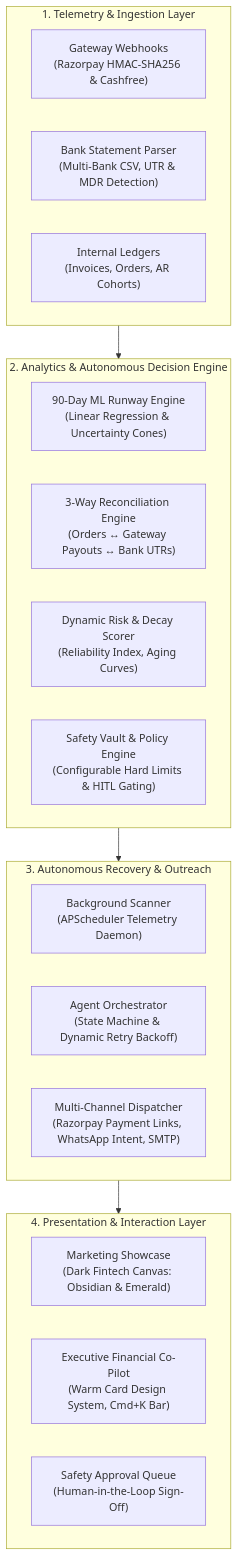
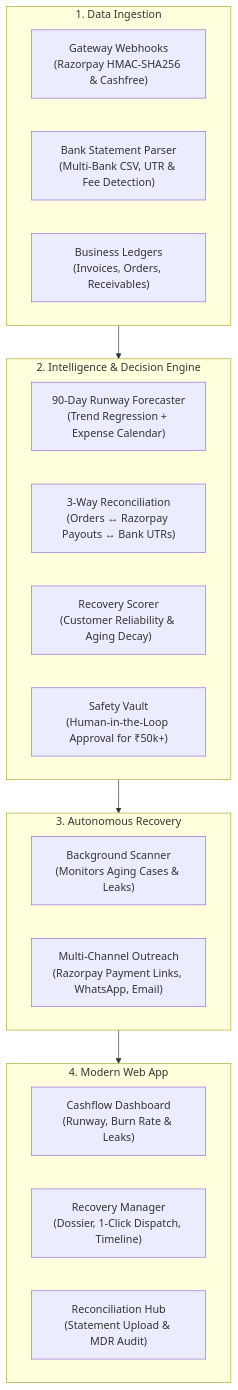
Before and after one commit to khushikakade/CashPulse-AI: the first of 2 diagrams in README.md, drawn with Mermaid. The commit also changed other lines of this file, not shown here.

````diff
--- a/README.md
+++ b/README.md
@@ -28,31 +53,30 @@
 ```mermaid
 flowchart TD
-    subgraph INGESTION["1. Telemetry & Ingestion Layer"]
+    subgraph INGESTION["1. Data Ingestion"]
         PG_WH["Gateway Webhooks\n(Razorpay HMAC-SHA256 & Cashfree)"]
-        BANK_CSV["Bank Statement Parser\n(Multi-Bank CSV, UTR & MDR Detection)"]
-        ERP["Internal Ledgers\n(Invoices, Orders, AR Cohorts)"]
+        BANK_CSV["Bank Statement Parser\n(Multi-Bank CSV, UTR & Fee Detection)"]
+        ERP["Business Ledgers\n(Invoices, Orders, Receivables)"]
     end
 
-    subgraph ENGINE["2. Analytics & Autonomous Decision Engine"]
-        ML_RUNWAY["90-Day ML Runway Engine\n(Linear Regression & Uncertainty Cones)"]
-        RECON["3-Way Reconciliation Engine\n(Orders ↔ Gateway Payouts ↔ Bank UTRs)"]
-        RISK_SCORER["Dynamic Risk & Decay Scorer\n(Reliability Index, Aging Curves)"]
-        POLICY["Safety Vault & Policy Engine\n(Configurable Hard Limits & HITL Gating)"]
+    subgraph ENGINE["2. Intelligence & Decision Engine"]
+        ML_RUNWAY["90-Day Runway Forecaster\n(Trend Regression + Expense Calendar)"]
+        RECON["3-Way Reconciliation\n(Orders ↔ Razorpay Payouts ↔ Bank UTRs)"]
+        RISK_SCORER["Recovery Scorer\n(Customer Reliability & Aging Decay)"]
+        POLICY["Safety Vault\n(Human-in-the-Loop Approval for ₹50k+)"]
     end
 
-    subgraph AUTOMATION["3. Autonomous Recovery & Outreach"]
-        SCHEDULER["Background Scanner\n(APScheduler Telemetry Daemon)"]
-        ORCHESTRATOR["Agent Orchestrator\n(State Machine & Dynamic Retry Backoff)"]
-        OUTREACH["Multi-Channel Dispatcher\n(Razorpay Payment Links, WhatsApp Intent, SMTP)"]
+    subgraph AUTOMATION["3. Autonomous Recovery"]
+        SCHEDULER["Background Scanner\n(Monitors Aging Cases & Leaks)"]
+        OUTREACH["Multi-Channel Outreach\n(Razorpay Payment Links, WhatsApp, Email)"]
     end
 
-    subgraph INTERFACES["4. Presentation & Interaction Layer"]
-        UI_HERO["Marketing Showcase\n(Dark Fintech Canvas: Obsidian & Emerald)"]
-        UI_APP["Executive Financial Co-Pilot\n(Warm Card Design System, Cmd+K Bar)"]
-        UI_APPROVALS["Safety Approval Queue\n(Human-in-the-Loop Sign-Off)"]
+    subgraph INTERFACES["4. Modern Web App"]
+        UI_DASH["Cashflow Dashboard\n(Runway, Burn Rate & Leaks)"]
+        UI_RECOVERY["Recovery Manager\n(Dossier, 1-Click Dispatch, Timeline)"]
+        UI_RECON["Reconciliation Hub\n(Statement Upload & MDR Audit)"]
     end
 
     INGESTION --> ENGINE
     ENGINE --> AUTOMATION
     AUTOMATION --> INTERFACES
 ```
````
